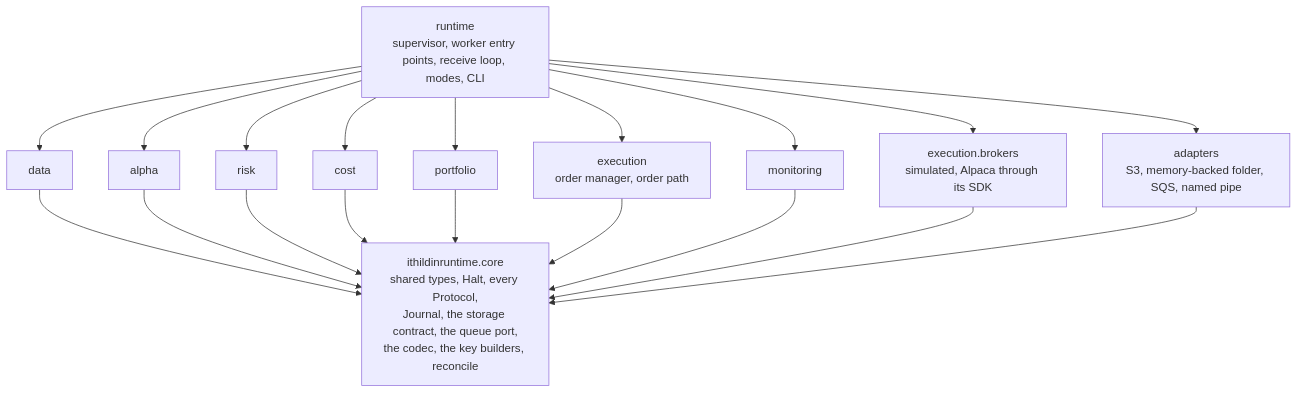
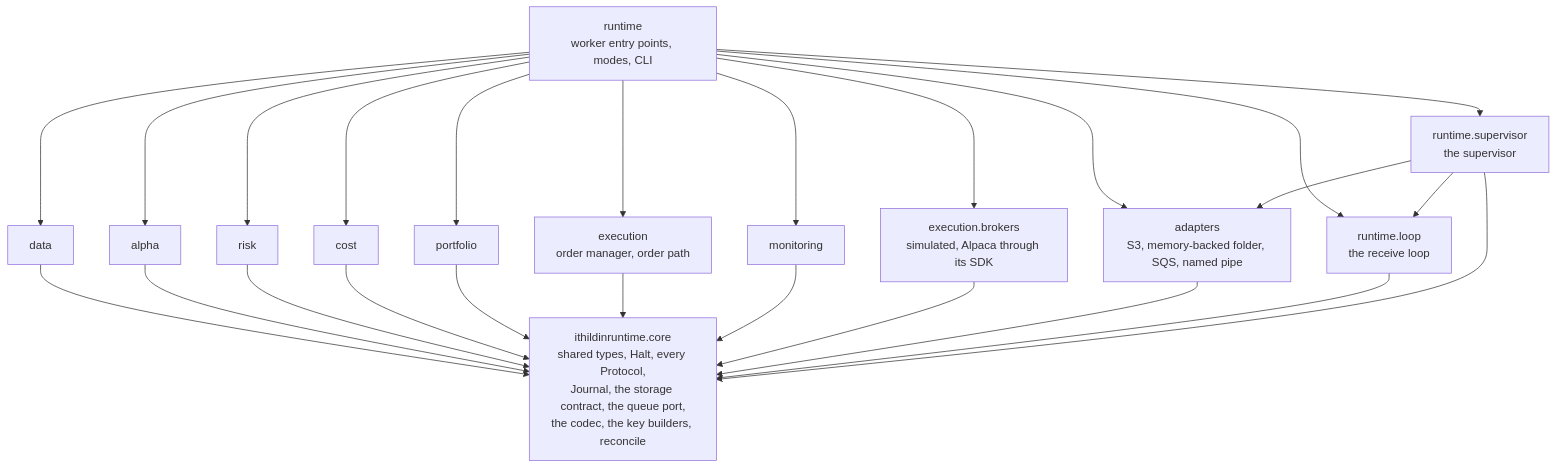
One commit to l3a0/ithildin-runtime changed diagram 16 of 16 in docs/architecture.md. Above: the diagram before and after it, drawn with Mermaid. The commit also changed other lines of this file, not shown here.

First line of the commit message:
docs(architecture): apply the review's fixes to where it runs and the environments

````diff
--- a/docs/architecture.md
+++ b/docs/architecture.md
@@ -2712,33 +2795,41 @@
 ```mermaid
 flowchart TB
     core["ithildinruntime.core<br/>shared types, Halt, every Protocol,<br/>Journal, the storage contract, the queue port,<br/>the codec, the key builders, reconcile"]
     adapters["adapters<br/>S3, memory-backed folder, SQS, named pipe"]
     data["data"]
     alpha["alpha"]
     risk["risk"]
     cost["cost"]
     portfolio["portfolio"]
     execution["execution<br/>order manager, order path"]
     brokers["execution.brokers<br/>simulated, Alpaca through its SDK"]
     monitoring["monitoring"]
-    runtime["runtime<br/>supervisor, worker entry points, receive loop, modes, CLI"]
+    runtime["runtime<br/>worker entry points, modes, CLI"]
+    loop["runtime.loop<br/>the receive loop"]
+    supervisor["runtime.supervisor<br/>the supervisor"]
 
     data --> core
     alpha --> core
     risk --> core
     cost --> core
     portfolio --> core
     execution --> core
     monitoring --> core
     brokers --> core
     adapters --> core
     runtime --> adapters
     runtime --> data
     runtime --> alpha
     runtime --> risk
     runtime --> cost
     runtime --> portfolio
     runtime --> execution
     runtime --> brokers
     runtime --> monitoring
+    runtime --> loop
+    runtime --> supervisor
+    loop --> core
+    supervisor --> core
+    supervisor --> adapters
+    supervisor --> loop
 ```
````
